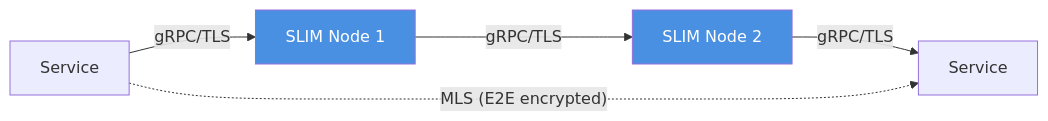
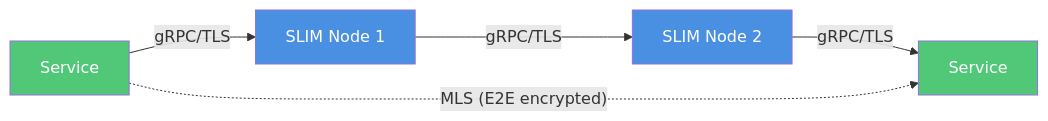
One commit to agntcy/blogs changed the third of 6 diagrams in presentations/slim-multicluster-demo/slim-multicluster-demo.md. Above: the diagram before and after it, drawn with Mermaid. The commit also changed other lines of this file, not shown here.

````diff
--- a/presentations/slim-multicluster-demo/slim-multicluster-demo.md
+++ b/presentations/slim-multicluster-demo/slim-multicluster-demo.md
@@ -174,11 +179,13 @@
 ```mermaid
 graph LR
     A1[Service] -- "gRPC/TLS" --> SN1[SLIM Node 1]
     SN1 -- "gRPC/TLS" --> SN2[SLIM Node 2]
     SN2 -- "gRPC/TLS" --> A2[Service]
 
     A1 -. "MLS (E2E encrypted)" .-> A2
 
     style SN1 fill:#4A90E2,color:#fff
     style SN2 fill:#4A90E2,color:#fff
+    style A1 fill:#50C878,color:#fff
+    style A2 fill:#50C878,color:#fff
 ```
````
